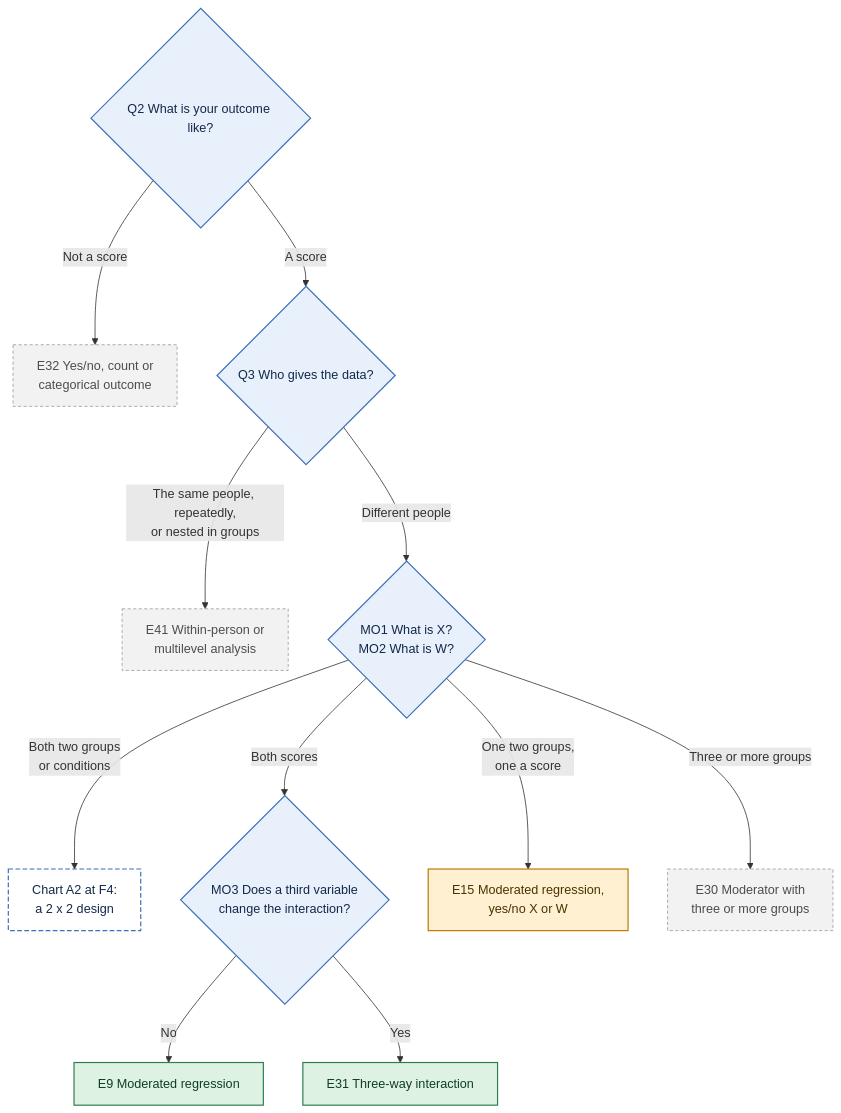
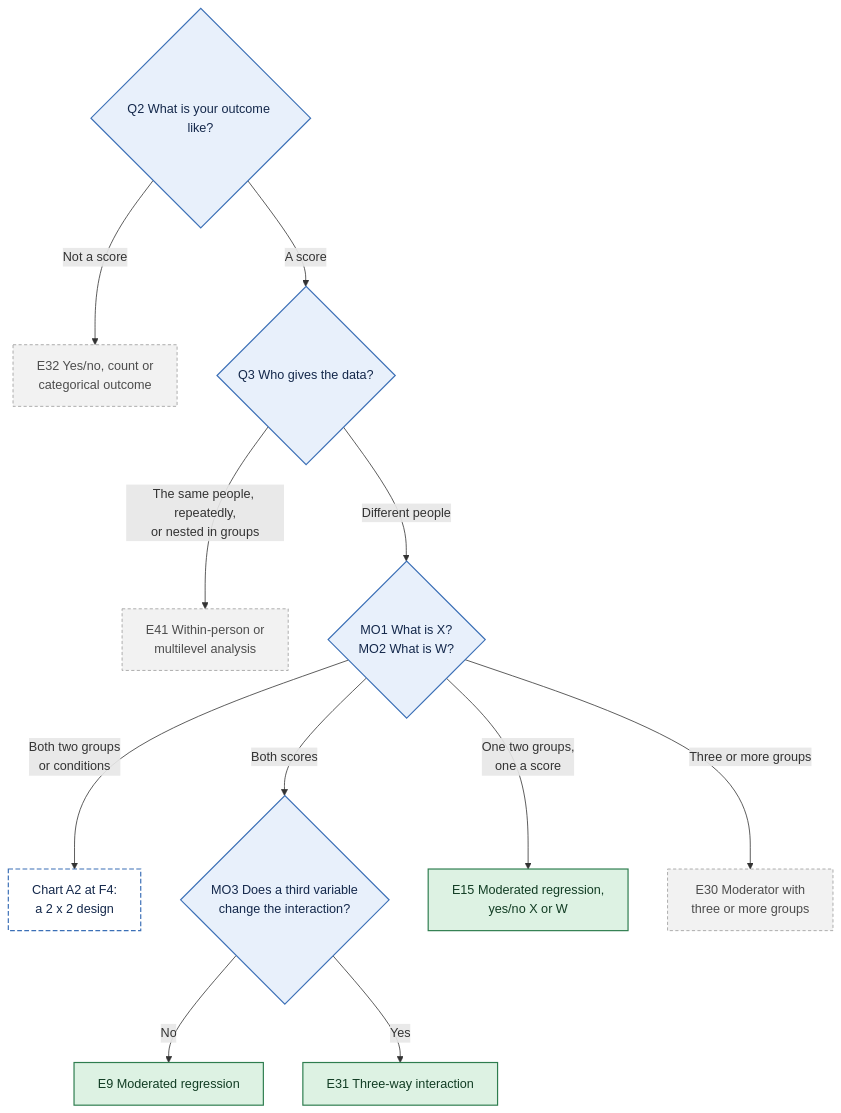
Before and after one commit to JoelThornton/Powerkit: the sixth of 11 diagrams in docs/decision-tree.md, drawn with Mermaid. The commit also changed other lines of this file and 29 other files, not shown here.

````diff
--- a/docs/decision-tree.md
+++ b/docs/decision-tree.md
@@ -396,24 +396,23 @@
 ```mermaid
 flowchart TD
   Q2{"Q2 What is your outcome like?"}
   Q2 -->|Not a score| E32["E32 Yes/no, count or<br/>categorical outcome"]
   Q2 -->|A score| Q3{"Q3 Who gives the data?"}
   Q3 -->|The same people, repeatedly,<br/>or nested in groups| E41["E41 Within-person or<br/>multilevel analysis"]
   Q3 -->|Different people| MO1{"MO1 What is X?<br/>MO2 What is W?"}
   MO1 -->|Both two groups<br/>or conditions| A2["Chart A2 at F4:<br/>a 2 x 2 design"]
   MO1 -->|Both scores| MO3{"MO3 Does a third variable<br/>change the interaction?"}
   MO3 -->|No| E9["E9 Moderated regression"]
   MO3 -->|Yes| E31["E31 Three-way interaction"]
   MO1 -->|One two groups,<br/>one a score| E15["E15 Moderated regression,<br/>yes/no X or W"]
   MO1 -->|Three or more groups| E30["E30 Moderator with<br/>three or more groups"]
   class Q2,Q3,MO1,MO3 q
-  class E9,E31 avail
-  class E15 spec
+  class E9,E31,E15 avail
   class E30,E32,E41 later
   class A2 jump
   classDef q fill:#E8F0FB,stroke:#3B6FB6,color:#14284B,stroke-width:1.5px
   classDef avail fill:#DDF2E3,stroke:#2E7D4F,color:#123D24,stroke-width:1.5px
   classDef spec fill:#FFF0D1,stroke:#B97A00,color:#4A3200,stroke-width:1.5px
   classDef later fill:#F2F2F2,stroke:#9A9A9A,color:#4D4D4D,stroke-width:1px,stroke-dasharray:4 3
   classDef jump fill:#FFFFFF,stroke:#3B6FB6,color:#14284B,stroke-width:1.5px,stroke-dasharray:6 3
 ```
````
